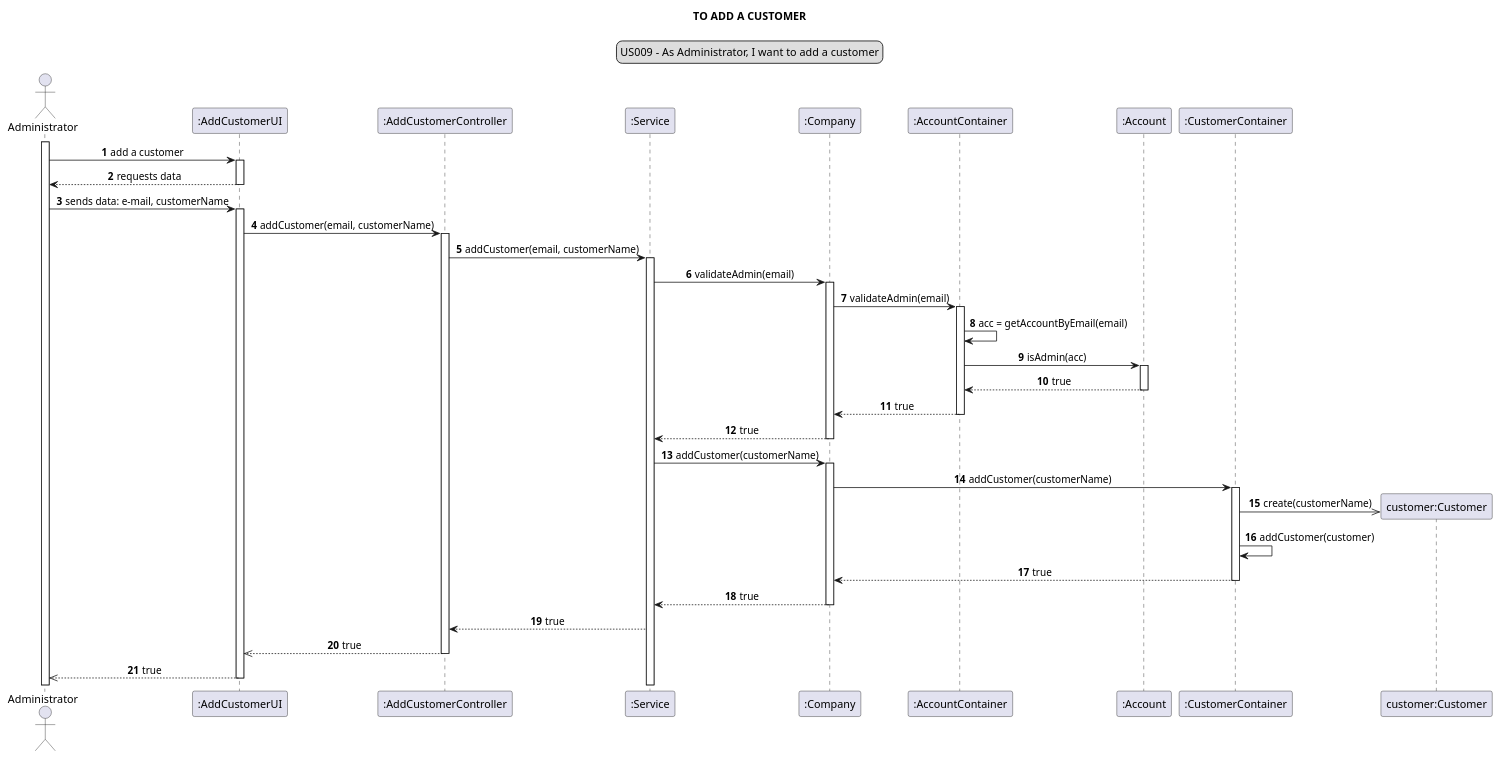
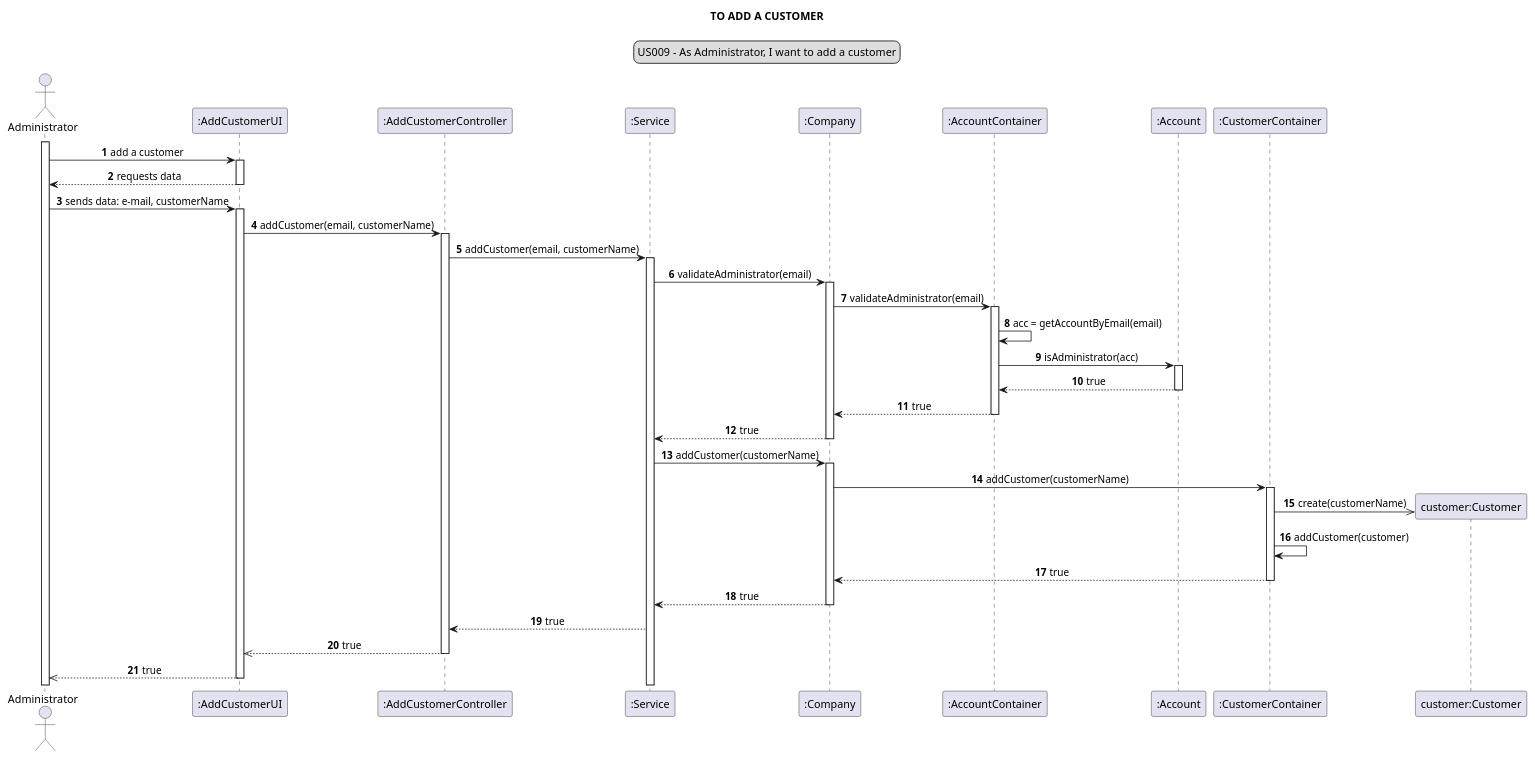
The diagram in docs/modelling_design/user_stories/us009/US009_sequenceDiagram.puml (Loracline/project_switch_22-23), drawn with PlantUML before and after one commit. The commit also changed 1 other file, not shown here.

Commit message:
US009 : Design : refinement os Class Diagram and Sequence Diagram (changed short form "admin" to "administrator").

```diff
--- a/docs/modelling_design/user_stories/us009/US009_sequenceDiagram.puml
+++ b/docs/modelling_design/user_stories/us009/US009_sequenceDiagram.puml
@@ -1,60 +1,60 @@
 @startuml
 skinparam sequenceMessageAlign center
 title TO ADD A CUSTOMER
 legend top
 US009 - As Administrator, I want to add a customer
 end legend
 autonumber
 actor Administrator
 participant ":AddCustomerUI" as ui
 participant ":AddCustomerController" as controller
 participant ":Service" as service
 participant ":Company" as company
 participant ":AccountContainer" as accContainer
 participant ":Account" as acc
 participant ":CustomerContainer" as container
 participant "customer:Customer" as customer
 
 activate Administrator
 Administrator -> ui: add a customer
 activate ui
 ui --> Administrator: requests data
 deactivate ui
 Administrator -> ui: sends data: e-mail, customerName
 activate ui
 ui -> controller: addCustomer(email, customerName)
 activate controller
 controller -> service: addCustomer(email, customerName)
 activate service
-service -> company: validateAdmin(email)
+service -> company: validateAdministrator(email)
 activate company
-company -> accContainer: validateAdmin(email)
+company -> accContainer: validateAdministrator(email)
 activate accContainer
 accContainer -> accContainer: acc = getAccountByEmail(email)
-accContainer -> acc: isAdmin(acc)
+accContainer -> acc: isAdministrator(acc)
 activate acc
 acc --> accContainer: true
 deactivate acc
 accContainer --> company: true
 deactivate accContainer
 company --> service: true
 deactivate company
 service -> company: addCustomer(customerName)
 activate company
 company -> container: addCustomer(customerName)
 create customer
 activate container
 container ->> customer: create(customerName)
 container -> container: addCustomer(customer)
 container --> company: true
 deactivate container
 company --> service: true
 deactivate company
 service --> controller: true
 
 controller -->> ui: true
 deactivate controller
 ui -->>Administrator: true
 deactivate ui
 
 @enduml
```
